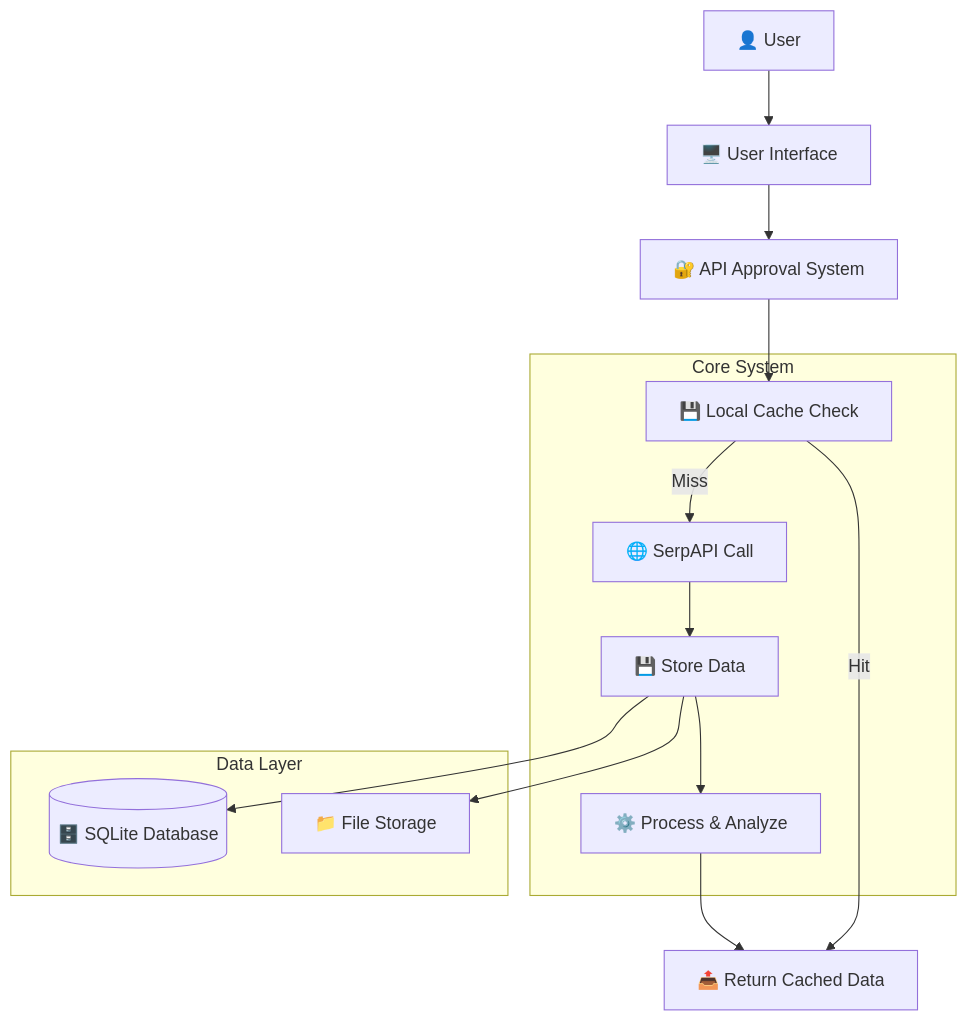
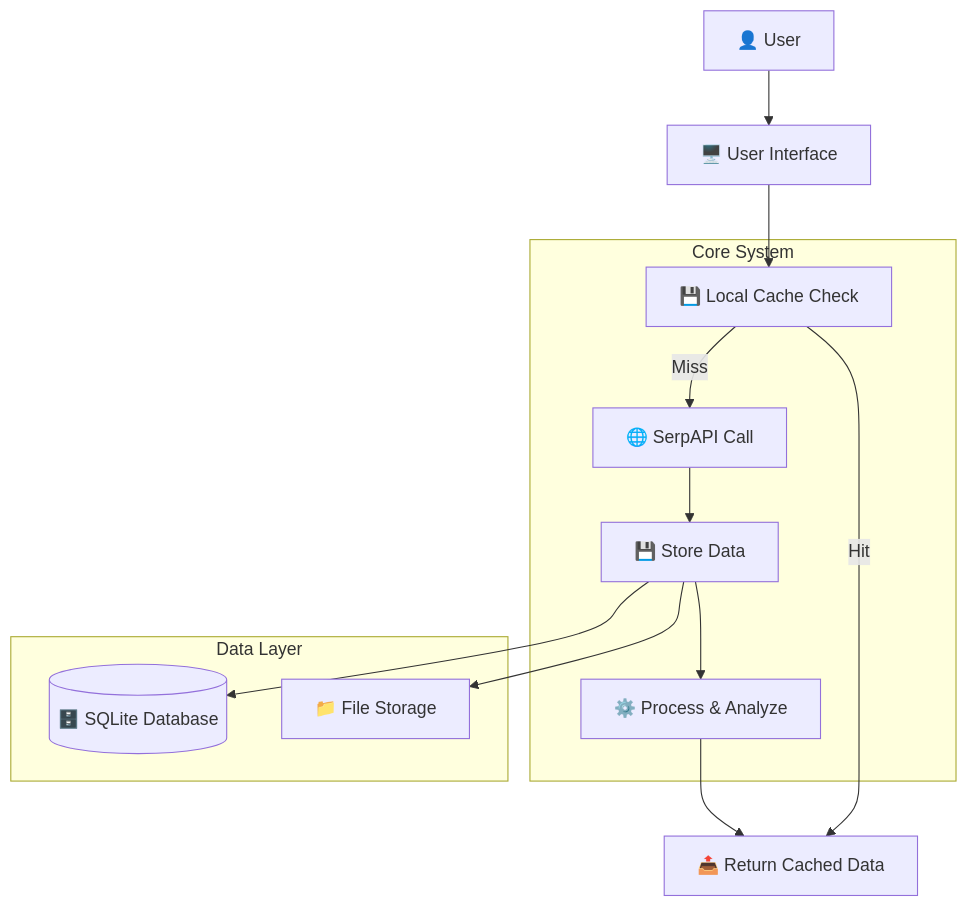
One commit to samuelarosario/SerpAPI-GPT5 changed the first of 8 diagrams in MD/SYSTEM_DOCUMENTATION.md. Above: the diagram before and after it, drawn with Mermaid. The commit also changed other lines of this file and 1 other file, not shown here.

Commit message:
docs: update system docs & cleanup summaries (deprecated approval/analyzer, add cache)

````diff
--- a/MD/SYSTEM_DOCUMENTATION.md
+++ b/MD/SYSTEM_DOCUMENTATION.md
@@ -45,26 +45,25 @@
 ```mermaid
 graph TB
     User[👤 User] --> UI[🖥️ User Interface]
-    UI --> Approval[🔐 API Approval System]
-    Approval --> Cache[💾 Local Cache Check]
+    UI --> Cache[💾 Local Cache Check]
     Cache --> |Hit| Return[📤 Return Cached Data]
     Cache --> |Miss| API[🌐 SerpAPI Call]
     API --> Store[💾 Store Data]
     Store --> Process[⚙️ Process & Analyze]
     Process --> Return
     
     subgraph "Core System"
         Cache
         API
         Store
         Process
     end
     
     subgraph "Data Layer"
         DB[(🗄️ SQLite Database)]
         Files[📁 File Storage]
     end
     
     Store --> DB
     Store --> Files
 ```
````
